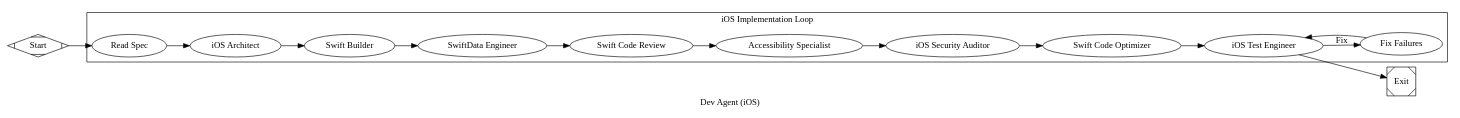
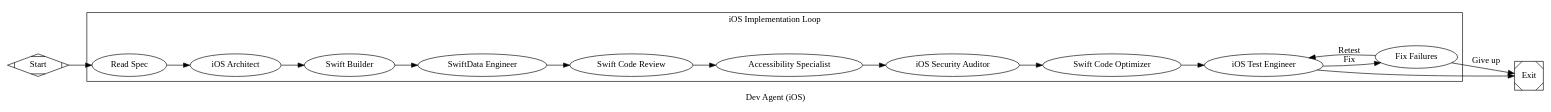
Before and after one commit to otimme/attractor-engine: the diagram in pipelines/dark-factory/dev-agent-ios.dot, drawn with Graphviz. The commit also changed 4 other files, not shown here.

```diff
--- a/pipelines/dark-factory/dev-agent-ios.dot
+++ b/pipelines/dark-factory/dev-agent-ios.dot
@@ -1,45 +1,47 @@
 digraph dev_agent_ios {
     graph [
         goal="",
         label="Dev Agent (iOS)"
     ]
     rankdir=LR
 
     start [shape=Mdiamond, label="Start"]
     exit  [shape=Msquare,  label="Exit"]
 
     subgraph cluster_impl {
         label="iOS Implementation Loop"
         node [fidelity="full", thread_id="dev-ios"]
 
         read_spec     [label="Read Spec",
             prompt="@prompts/dev-agent-ios/read-spec.md"]
         architect     [label="iOS Architect",
             prompt="@prompts/dev-agent-ios/architect.md",
             reasoning_effort="high"]
         build         [label="Swift Builder",
             prompt="@prompts/dev-agent-ios/build.md"]
         data_model    [label="SwiftData Engineer",
             prompt="@prompts/dev-agent-ios/data-model.md"]
         review        [label="Swift Code Review",
             prompt="@prompts/dev-agent-ios/review.md"]
         accessibility [label="Accessibility Specialist",
             prompt="@prompts/dev-agent-ios/accessibility.md"]
         security      [label="iOS Security Auditor",
             prompt="@prompts/dev-agent-ios/security.md"]
         optimize      [label="Swift Code Optimizer",
             prompt="@prompts/dev-agent-ios/optimize.md"]
         unit_test     [label="iOS Test Engineer",
             prompt="@prompts/dev-agent-ios/unit-test.md",
-            goal_gate=true]
+            goal_gate=true,
+            max_visits=6]
         fix           [label="Fix Failures",
             prompt="@prompts/dev-agent-ios/fix.md",
             max_visits=3]
     }
 
     start -> read_spec -> architect -> build -> data_model -> review
     review -> accessibility -> security -> optimize -> unit_test
     unit_test -> exit [condition="outcome=success"]
     unit_test -> fix  [condition="outcome!=success", label="Fix"]
-    fix -> unit_test
+    fix -> unit_test  [condition="outcome=success", label="Retest"]
+    fix -> exit       [condition="outcome!=success", label="Give up"]
 }
```
